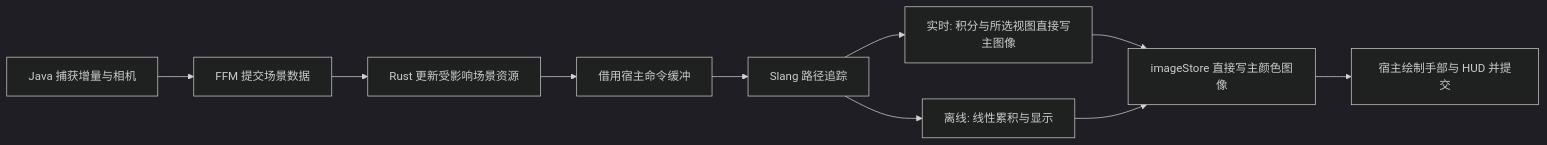
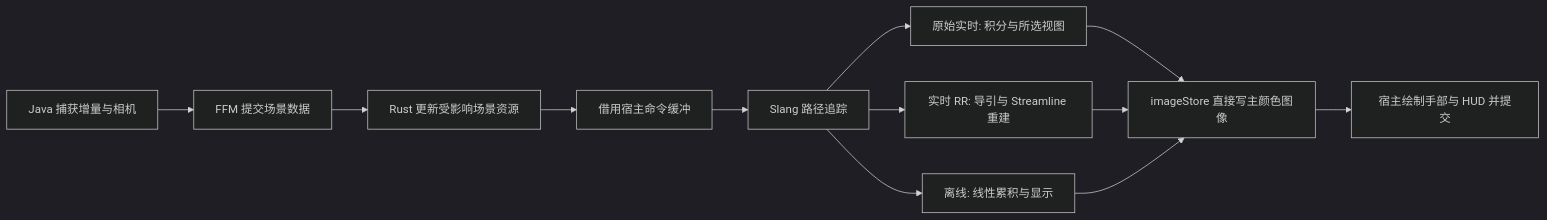
One commit to bWFuanVzYWth/prime changed the diagram in docs/pipeline.md. Above: the diagram before and after it, drawn with Mermaid (dark theme). The commit also changed other lines of this file and 171 other files, not shown here.

````diff
--- a/docs/pipeline.md
+++ b/docs/pipeline.md
@@ -44,12 +44,14 @@
 ```mermaid
 flowchart LR
     A[Java 捕获增量与相机] --> B[FFM 提交场景数据]
     B --> C[Rust 更新受影响场景资源]
     C --> D[借用宿主命令缓冲]
     D --> E[Slang 路径追踪]
-    E --> R[实时: 积分与所选视图直接写主图像]
+    E --> R[原始实时: 积分与所选视图]
+    E --> RR[实时 RR: 导引与 Streamline 重建]
     E --> O[离线: 线性累积与显示]
     R --> F[imageStore 直接写主颜色图像]
+    RR --> F
     O --> F
     F --> G[宿主绘制手部与 HUD 并提交]
 ```
````
